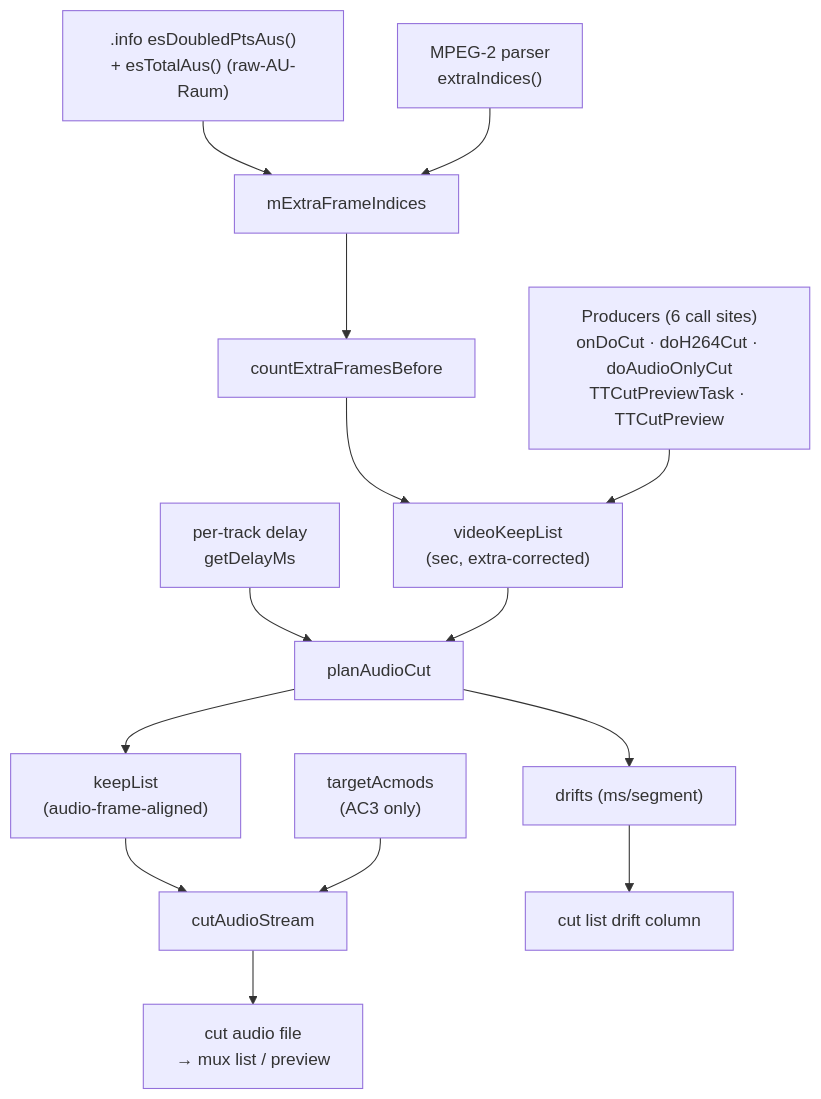
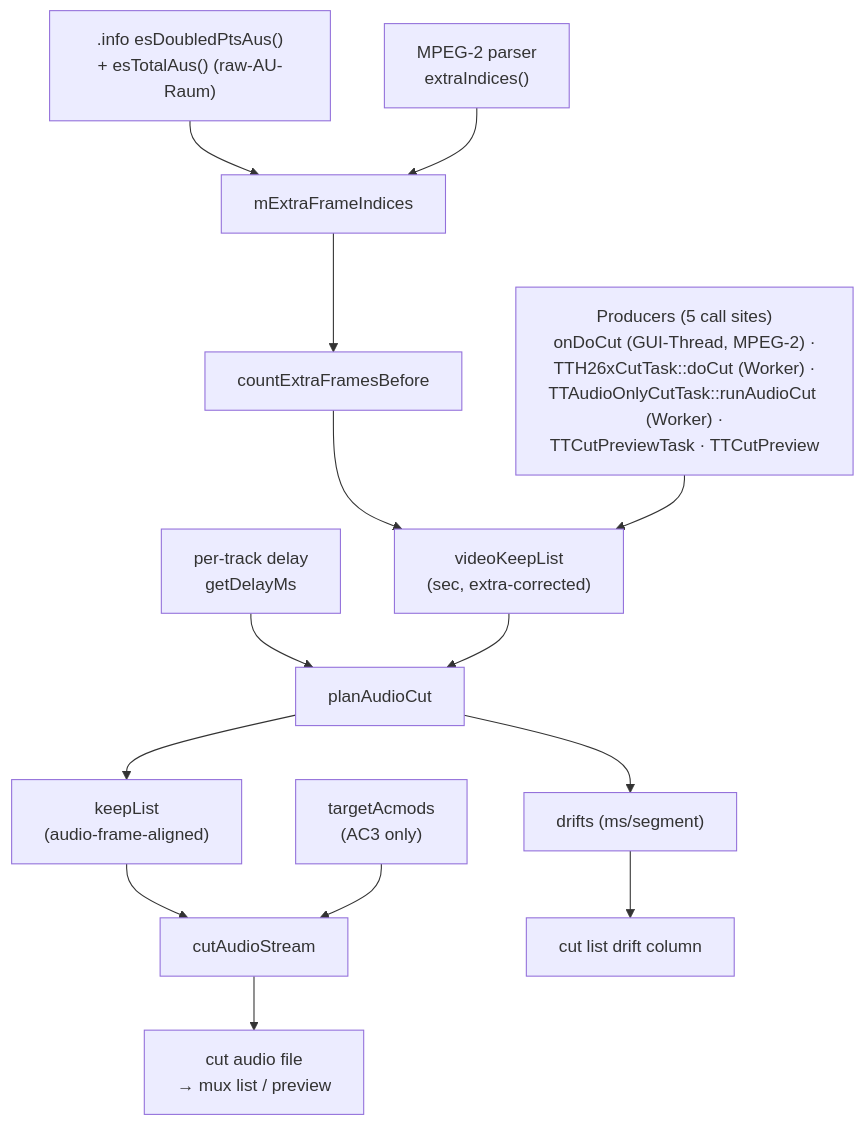
One commit to MINIXJR/TTCut-ng changed the diagram in docs/code-map/audio-cut-timing.md. Above: the diagram before and after it, drawn with Mermaid. The commit also changed other lines of this file and 13 other files, not shown here.

````diff
--- a/docs/code-map/audio-cut-timing.md
+++ b/docs/code-map/audio-cut-timing.md
@@ -41,31 +55,31 @@
 ```mermaid
 flowchart TD
   INFO[".info esDoubledPtsAus()<br/>+ esTotalAus() (raw-AU-Raum)"]
   MP2X["MPEG-2 parser<br/>extraIndices()"]
   EXTRA["mExtraFrameIndices"]
   CEFB["countExtraFramesBefore"]
-  PROD["Producers (6 call sites)<br/>onDoCut · doH264Cut · doAudioOnlyCut<br/>TTCutPreviewTask · TTCutPreview"]
+  PROD["Producers (5 call sites)<br/>onDoCut (GUI-Thread, MPEG-2) ·<br/>TTH26xCutTask::doCut (Worker) ·<br/>TTAudioOnlyCutTask::runAudioCut (Worker) ·<br/>TTCutPreviewTask · TTCutPreview"]
   VKL["videoKeepList<br/>(sec, extra-corrected)"]
   DELAY["per-track delay<br/>getDelayMs"]
   PLAN["planAudioCut"]
   KEEP["keepList<br/>(audio-frame-aligned)"]
   ACMOD["targetAcmods<br/>(AC3 only)"]
   CUT["cutAudioStream"]
   OUT["cut audio file<br/>→ mux list / preview"]
   DRIFT["drifts (ms/segment)"]
   COL4["cut list drift column"]
 
   INFO --> EXTRA
   MP2X --> EXTRA
   EXTRA --> CEFB
   CEFB --> VKL
   PROD --> VKL
   DELAY --> PLAN
   VKL --> PLAN
   PLAN --> KEEP
   PLAN --> DRIFT
   KEEP --> CUT
   ACMOD --> CUT
   CUT --> OUT
   DRIFT --> COL4
 ```
````
